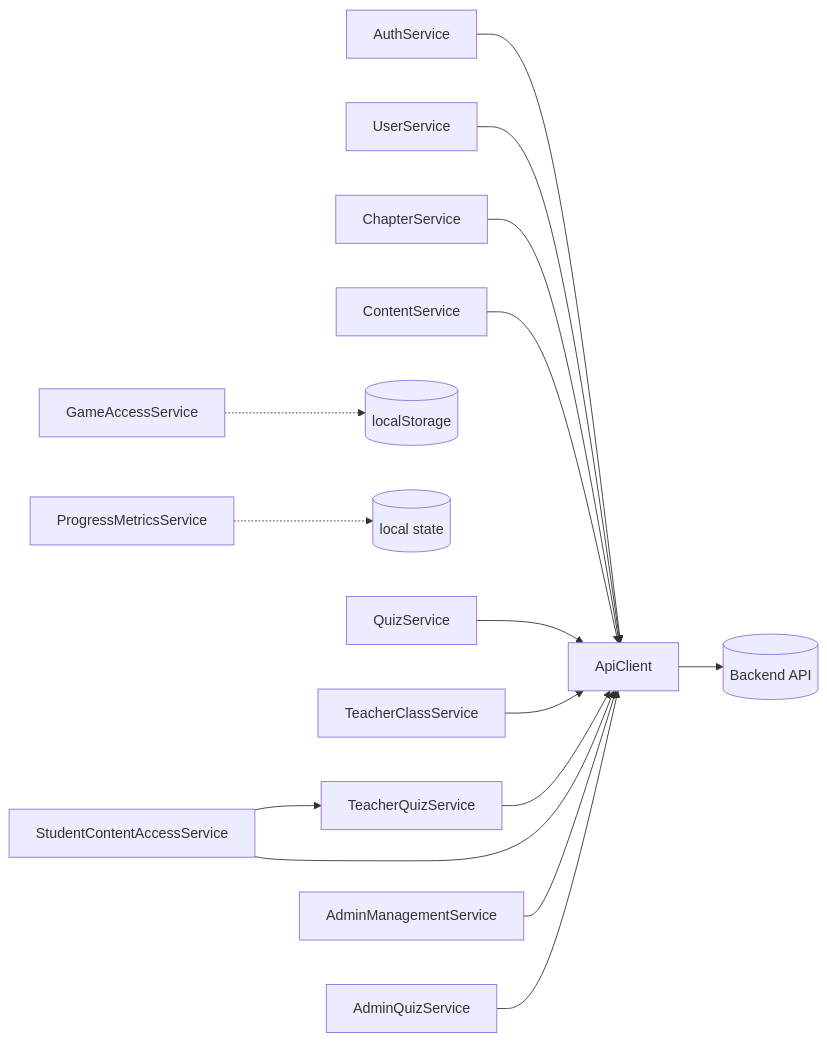
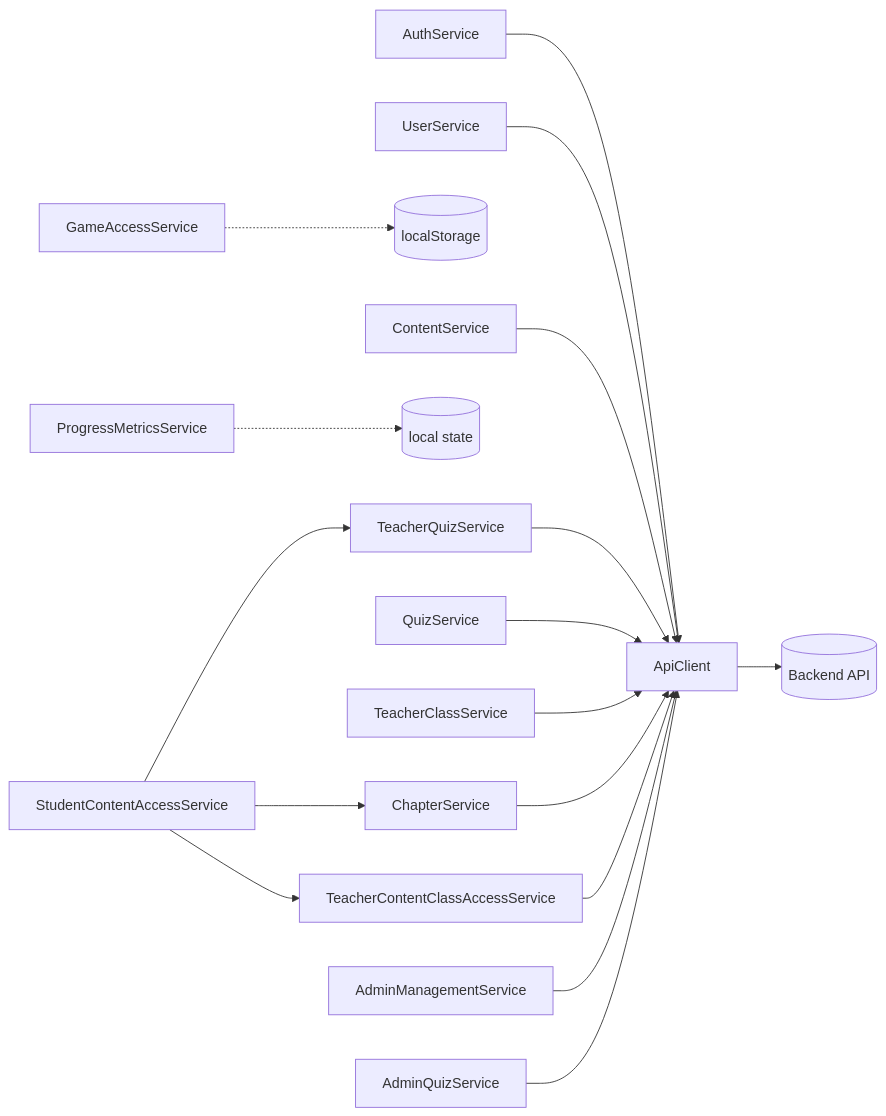
Before and after one commit to Vassili-REGNIER/matheopolis: the diagram in .ai/architecture/frontend/services-api.md, drawn with Mermaid. The commit also changed other lines of this file and 30 other files, not shown here.

````diff
--- a/.ai/architecture/frontend/services-api.md
+++ b/.ai/architecture/frontend/services-api.md
@@ -91,17 +92,19 @@
 ```mermaid
 flowchart LR
   AuthService --> ApiClient
   UserService --> ApiClient
   ChapterService --> ApiClient
   ContentService --> ApiClient
   GameAccessService -.-> LocalStorage[(localStorage)]
   ProgressMetricsService -.-> LocalState[(local state)]
   QuizService --> ApiClient
   TeacherClassService --> ApiClient
   TeacherQuizService --> ApiClient
-  StudentContentAccessService --> ApiClient
+  TeacherContentClassAccessService --> ApiClient
   StudentContentAccessService --> TeacherQuizService
+  StudentContentAccessService --> ChapterService
+  StudentContentAccessService --> TeacherContentClassAccessService
   AdminManagementService --> ApiClient
   AdminQuizService --> ApiClient
   ApiClient --> Backend[(Backend API)]
 ```
````
